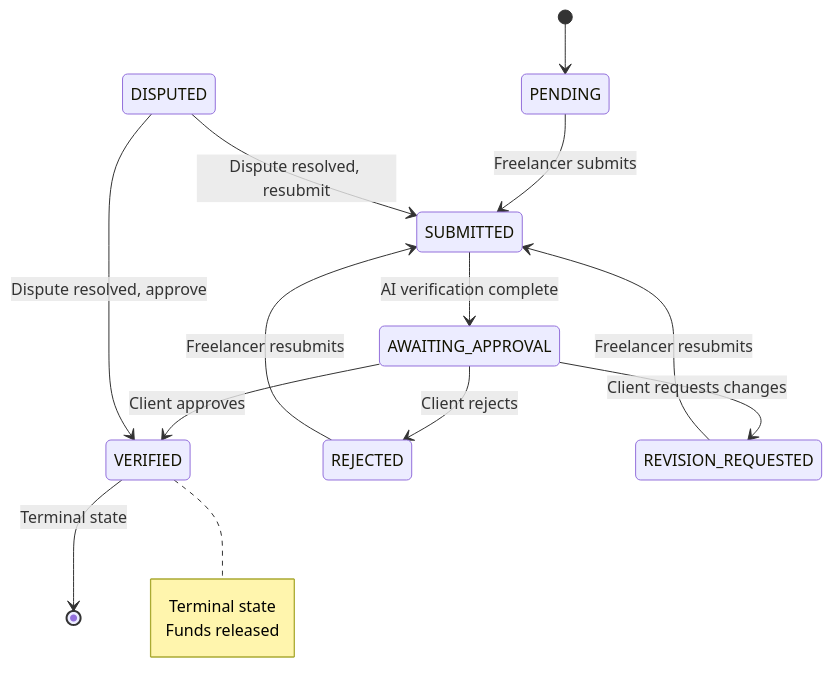
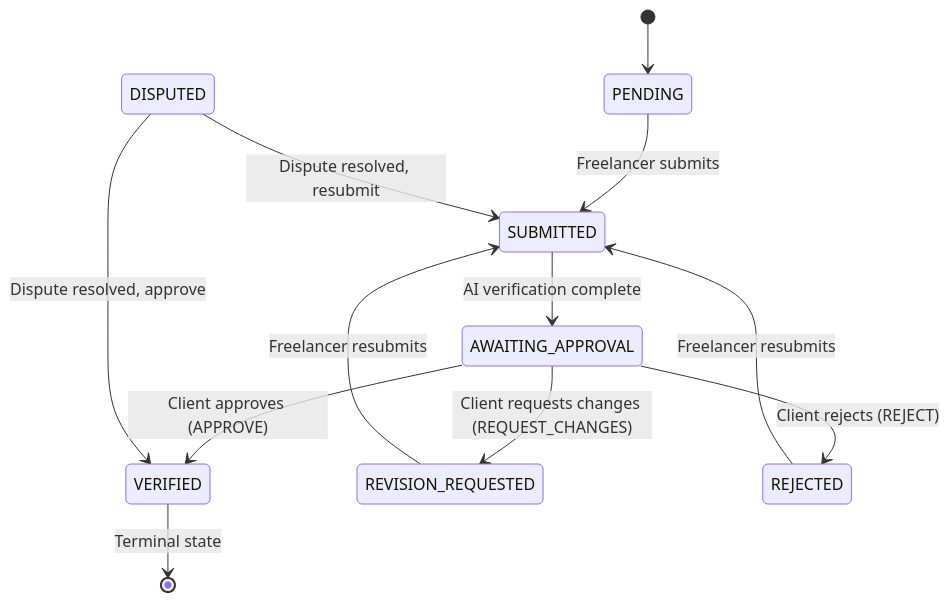
The first of 2 diagrams in FRONTEND_DOCS.md (Ogbakidavid/dayle-frontend), drawn with Mermaid before and after one commit. The commit also changed other lines of this file and 14 other files, not shown here.

````diff
--- a/FRONTEND_DOCS.md
+++ b/FRONTEND_DOCS.md
@@ -417,19 +1510,14 @@
 ```mermaid
 stateDiagram-v2
     [*] --> PENDING
     PENDING --> SUBMITTED: Freelancer submits
     SUBMITTED --> AWAITING_APPROVAL: AI verification complete
-    AWAITING_APPROVAL --> VERIFIED: Client approves
-    AWAITING_APPROVAL --> REJECTED: Client rejects
-    AWAITING_APPROVAL --> REVISION_REQUESTED: Client requests changes
+    AWAITING_APPROVAL --> VERIFIED: Client approves (APPROVE)
+    AWAITING_APPROVAL --> REVISION_REQUESTED: Client requests changes (REQUEST_CHANGES)
+    AWAITING_APPROVAL --> REJECTED: Client rejects (REJECT)
     REJECTED --> SUBMITTED: Freelancer resubmits
     REVISION_REQUESTED --> SUBMITTED: Freelancer resubmits
     VERIFIED --> [*]: Terminal state
     DISPUTED --> SUBMITTED: Dispute resolved, resubmit
     DISPUTED --> VERIFIED: Dispute resolved, approve
-
-    note right of VERIFIED
-        Terminal state
-        Funds released
-    end note
 ```
````
